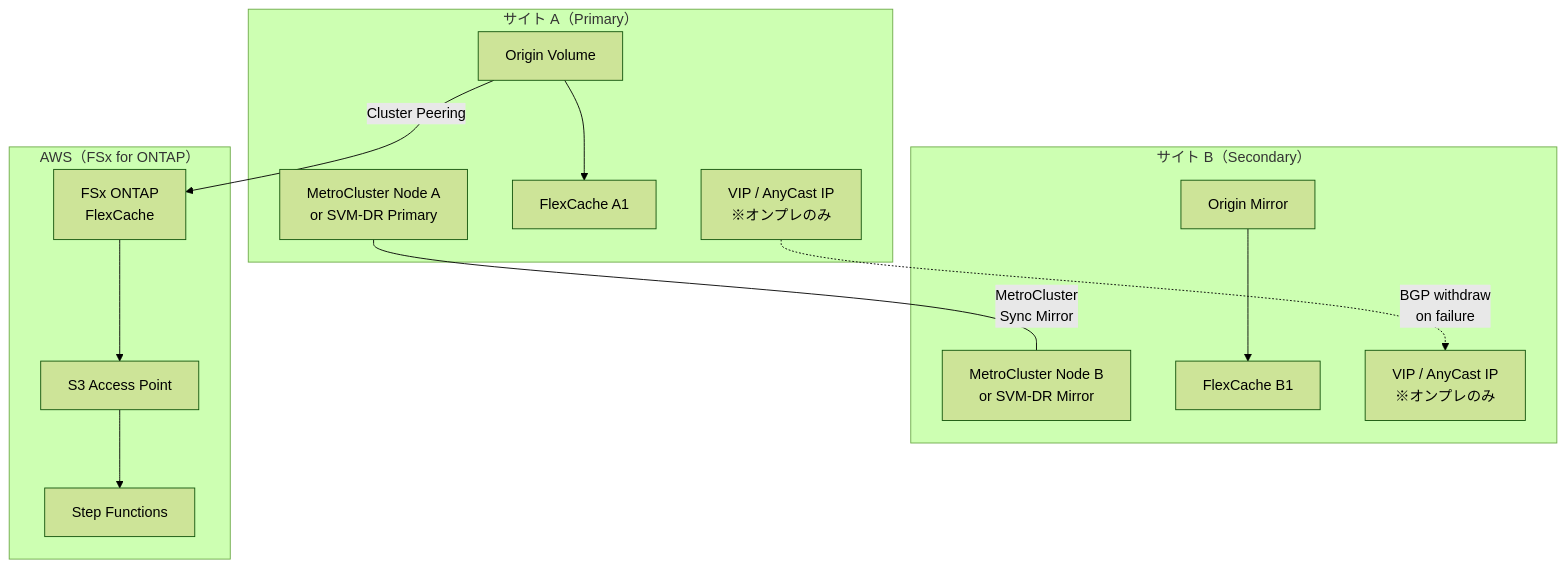
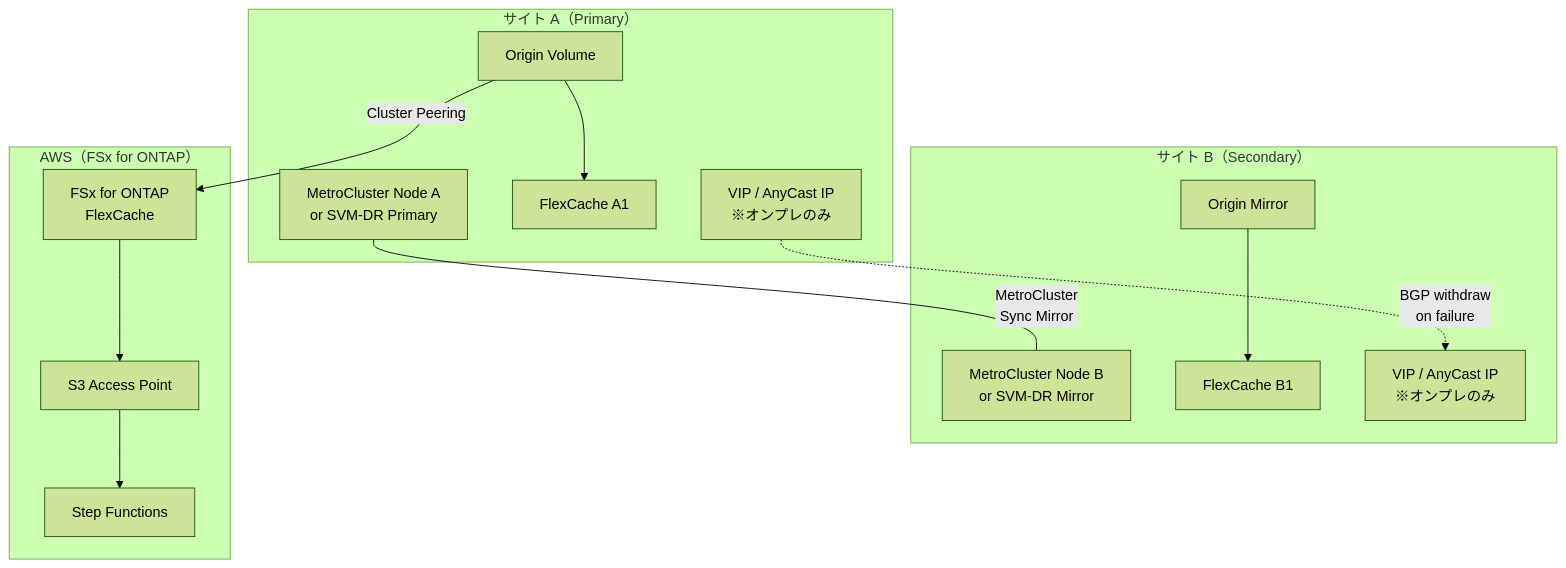
The fifth of 6 diagrams in flexcache-anycast-dr/docs/architecture.md (Yoshiki0705/FSx-for-ONTAP-S3AccessPoints-Serverless-Patterns), drawn with Mermaid (forest theme) before and after one commit. The commit also changed other lines of this file and 752 other files, not shown here.

````diff
--- a/flexcache-anycast-dr/docs/architecture.md
+++ b/flexcache-anycast-dr/docs/architecture.md
@@ -149,26 +149,26 @@
 ```mermaid
 graph TB
     subgraph "サイト A（Primary）"
         MC_A[MetroCluster Node A<br/>or SVM-DR Primary]
         ORIGIN_A[Origin Volume]
         CACHE_A1[FlexCache A1]
         VIP_A[VIP / AnyCast IP<br/>※オンプレのみ]
     end
     subgraph "サイト B（Secondary）"
         MC_B[MetroCluster Node B<br/>or SVM-DR Mirror]
         ORIGIN_B[Origin Mirror]
         CACHE_B1[FlexCache B1]
         VIP_B[VIP / AnyCast IP<br/>※オンプレのみ]
     end
     subgraph "AWS（FSx for ONTAP）"
-        FSX[FSx ONTAP<br/>FlexCache]
+        FSX[FSx for ONTAP<br/>FlexCache]
         S3AP[S3 Access Point]
         SFN[Step Functions]
     end
     MC_A ---|MetroCluster<br/>Sync Mirror| MC_B
     ORIGIN_A --> CACHE_A1
     ORIGIN_B --> CACHE_B1
     VIP_A -.->|BGP withdraw<br/>on failure| VIP_B
     ORIGIN_A -->|Cluster Peering| FSX
     FSX --> S3AP --> SFN
 ```
````
